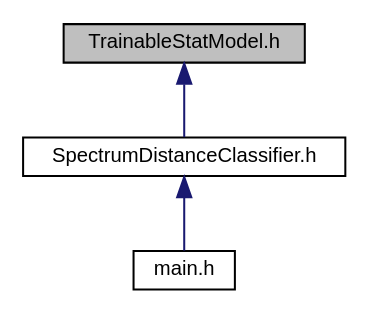
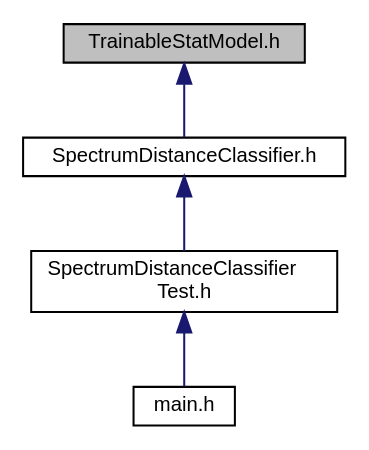
Before and after one commit to alexisVallet/animation-character-identification: the diagram in _trainable_stat_model_8h__dep__incl.dot, drawn with Graphviz. The commit also changed 386 other files, not shown here.

```diff
--- a/_trainable_stat_model_8h__dep__incl.dot
+++ b/_trainable_stat_model_8h__dep__incl.dot
@@ -1,10 +1,12 @@
 digraph "TrainableStatModel.h"
 {
   edge [fontname="Helvetica",fontsize="10",labelfontname="Helvetica",labelfontsize="10"];
   node [fontname="Helvetica",fontsize="10",shape=record];
   Node1 [label="TrainableStatModel.h",height=0.2,width=0.4,color="black", fillcolor="grey75", style="filled" fontcolor="black"];
   Node1 -> Node2 [dir="back",color="midnightblue",fontsize="10",style="solid",fontname="Helvetica"];
   Node2 [label="SpectrumDistanceClassifier.h",height=0.2,width=0.4,color="black", fillcolor="white", style="filled",URL="$_spectrum_distance_classifier_8h.html"];
   Node2 -> Node3 [dir="back",color="midnightblue",fontsize="10",style="solid",fontname="Helvetica"];
-  Node3 [label="main.h",height=0.2,width=0.4,color="black", fillcolor="white", style="filled",URL="$main_8h_source.html"];
+  Node3 [label="SpectrumDistanceClassifier\lTest.h",height=0.2,width=0.4,color="black", fillcolor="white", style="filled",URL="$_spectrum_distance_classifier_test_8h_source.html"];
+  Node3 -> Node4 [dir="back",color="midnightblue",fontsize="10",style="solid",fontname="Helvetica"];
+  Node4 [label="main.h",height=0.2,width=0.4,color="black", fillcolor="white", style="filled",URL="$main_8h_source.html"];
 }
```
